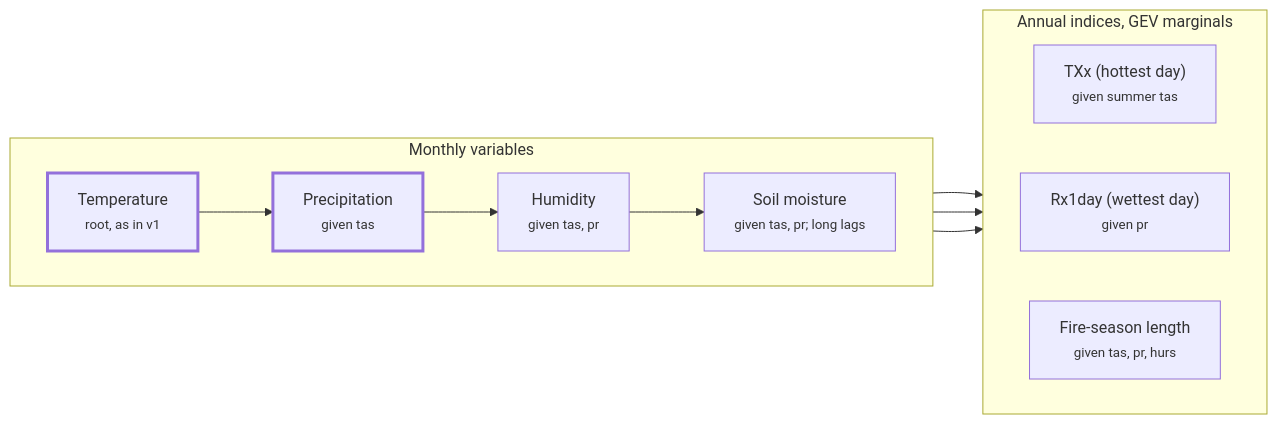
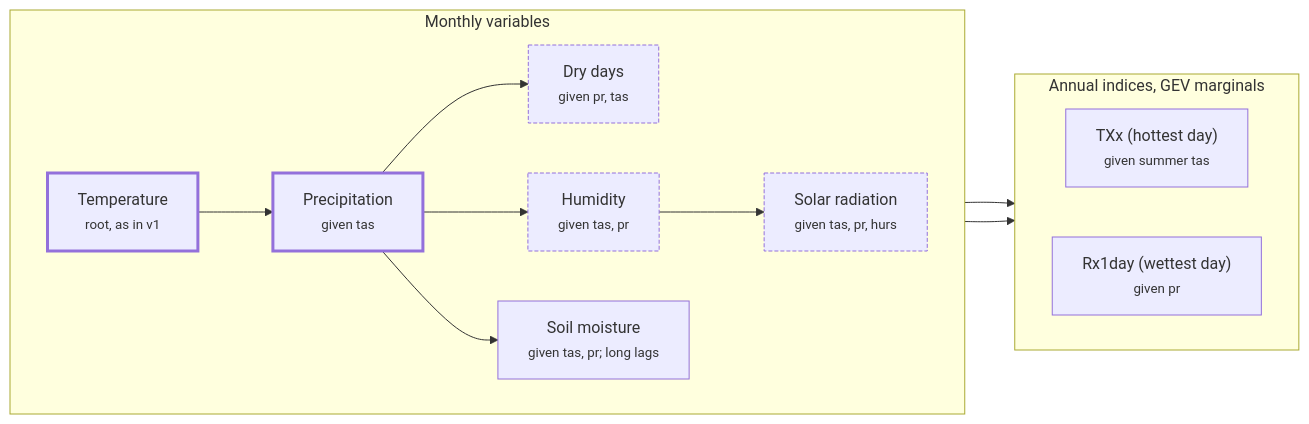
One commit to benmsanderson/METEOR changed the diagram in docs/multivariate_noise_scoping.md. Above: the diagram before and after it, drawn with Mermaid. The commit also changed other lines of this file, not shown here.

First line of the commit message:
Scope v2 with IAM-FIRE as its first consumer

````diff
--- a/docs/multivariate_noise_scoping.md
+++ b/docs/multivariate_noise_scoping.md
@@ -158,22 +254,26 @@
 ```mermaid
 flowchart LR
   subgraph monthly [Monthly variables]
     direction LR
     tas["Temperature<br/><small>root, as in v1</small>"]
     pr["Precipitation<br/><small>given tas</small>"]
+    ndd["Dry days<br/><small>given pr, tas</small>"]
     hurs["Humidity<br/><small>given tas, pr</small>"]
+    rsds["Solar radiation<br/><small>given tas, pr, hurs</small>"]
     mrso["Soil moisture<br/><small>given tas, pr; long lags</small>"]
-    tas --> pr --> hurs --> mrso
+    tas --> pr --> ndd
+    pr --> hurs --> rsds
+    pr --> mrso
   end
   subgraph annual [Annual indices, GEV marginals]
     direction LR
     txx["TXx (hottest day)<br/><small>given summer tas</small>"]
     rx1["Rx1day (wettest day)<br/><small>given pr</small>"]
-    fire["Fire-season length<br/><small>given tas, pr, hurs</small>"]
   end
   tas --> txx
   pr --> rx1
-  hurs --> fire
   classDef stage1 stroke-width:3px
   class tas,pr stage1
+  classDef fire stroke-dasharray:4 2
+  class ndd,hurs,rsds fire
 ```
````
